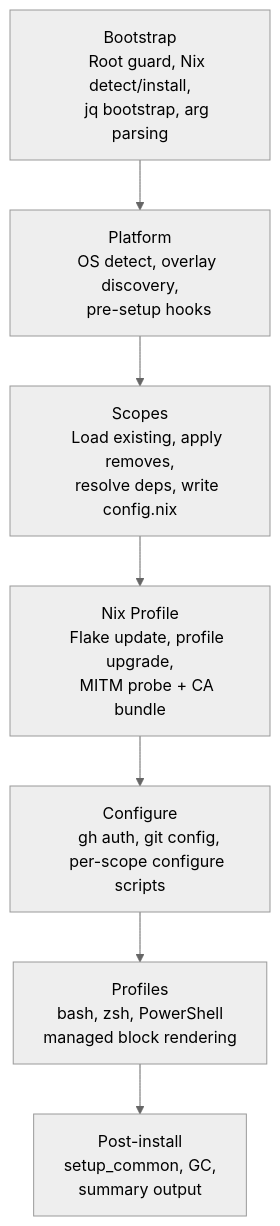
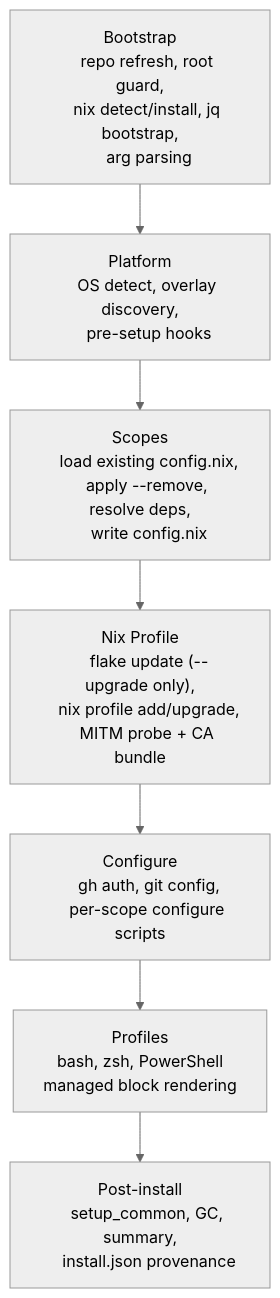
One commit to szymonos/envy-nx changed the second of 6 diagrams in docs/architecture.md. Above: the diagram before and after it, drawn with Mermaid (neutral theme). The commit also changed other lines of this file, not shown here.

First line of the commit message:
docs(architecture): expand user-facing page with daily-use sections

````diff
--- a/docs/architecture.md
+++ b/docs/architecture.md
@@ -9,23 +39,26 @@
 ```mermaid
 flowchart TD
     B["Bootstrap
-    Root guard, Nix detect/install,
-    jq bootstrap, arg parsing"] --> PL["Platform
+    repo refresh, root guard,
+    nix detect/install, jq bootstrap,
+    arg parsing"] --> PL["Platform
     OS detect, overlay discovery,
     pre-setup hooks"]
     PL --> SC["Scopes
-    Load existing, apply removes,
-    resolve deps, write config.nix"]
+    load existing config.nix,
+    apply --remove, resolve deps,
+    write config.nix"]
     SC --> NP["Nix Profile
-    Flake update, profile upgrade,
+    flake update (--upgrade only),
+    nix profile add/upgrade,
     MITM probe + CA bundle"]
     NP --> CF["Configure
     gh auth, git config,
     per-scope configure scripts"]
     CF --> PR["Profiles
     bash, zsh, PowerShell
     managed block rendering"]
     PR --> PI["Post-install
-    setup_common, GC,
-    summary output"]
+    setup_common, GC, summary,
+    install.json provenance"]
 ```
````
